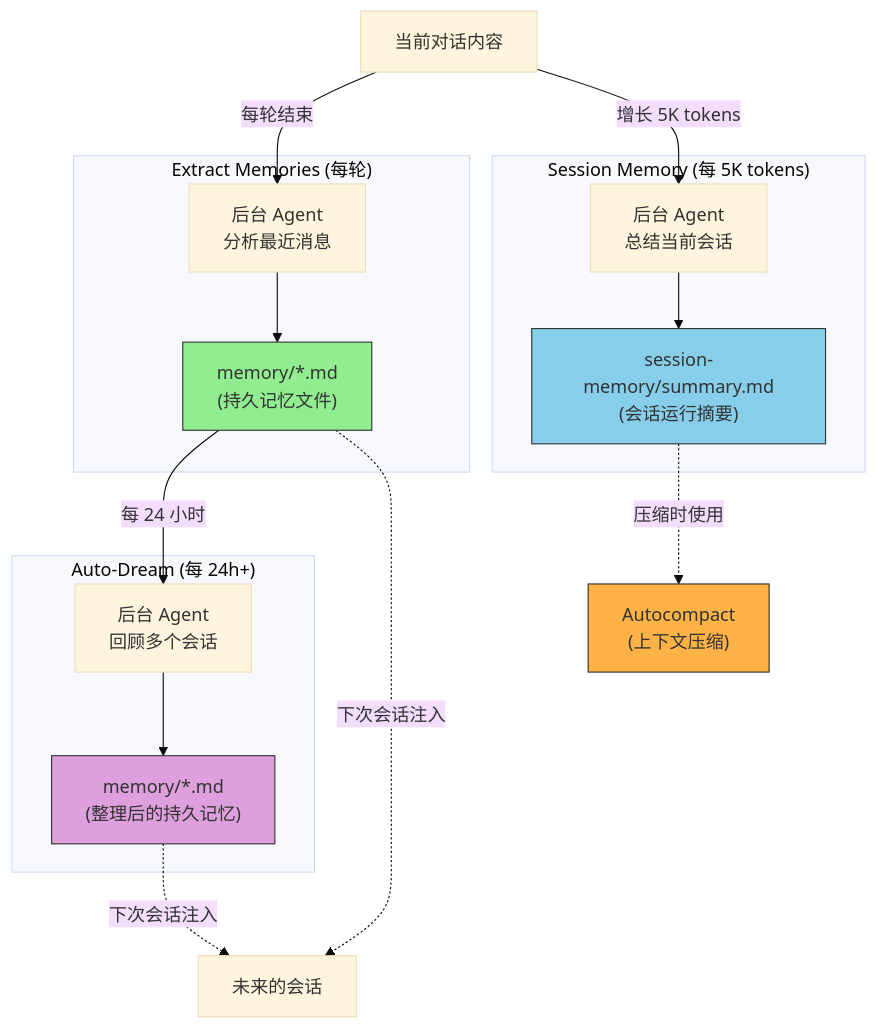
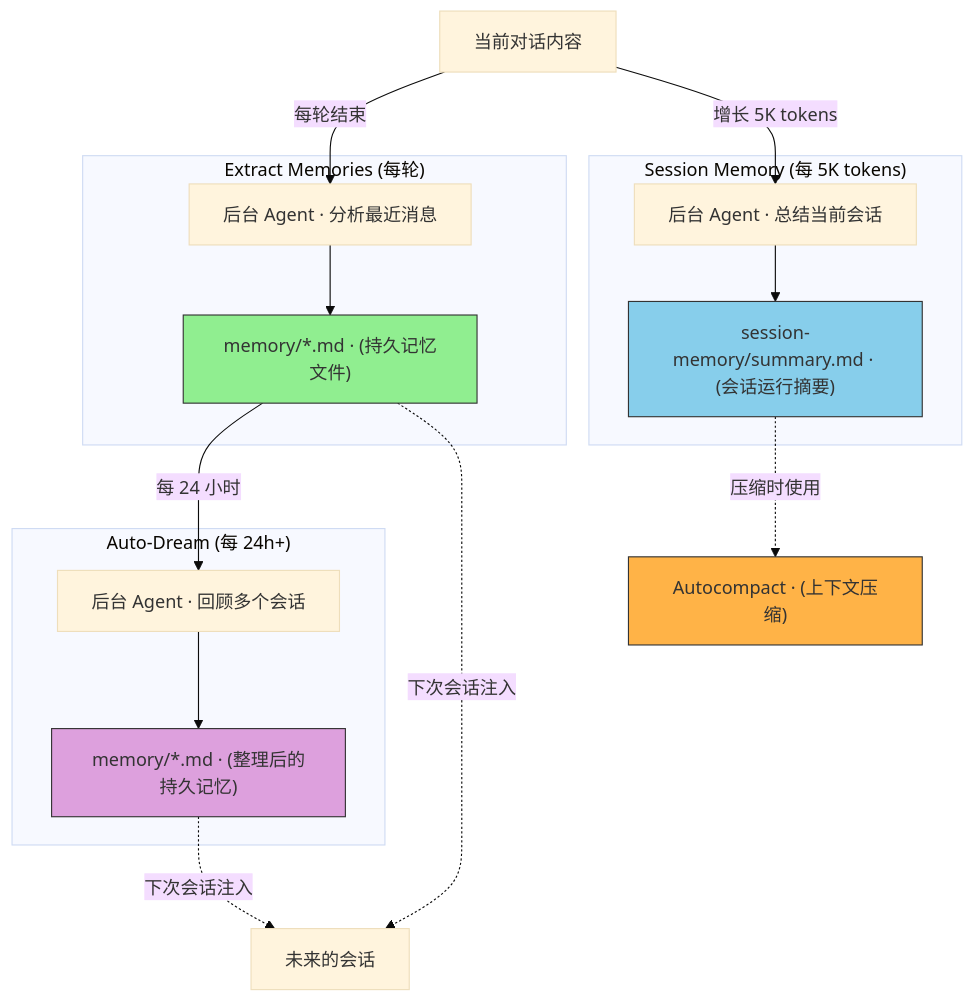
Diagram 22 of 30 in CLAUDE_CODE_BOOK.md (turf0909/sleep-code), drawn with Mermaid (base theme) before and after one commit. The commit also changed other lines of this file, not shown here.

First line of the commit message:
docs: major expansion and fact-check of Claude Code architecture book

````diff
--- a/CLAUDE_CODE_BOOK.md
+++ b/CLAUDE_CODE_BOOK.md
@@ -2439,32 +3584,32 @@
 ```mermaid
 flowchart TD
     CONV["当前对话内容"]
     
     subgraph "Extract Memories (每轮)"
-        EM_AGENT["后台 Agent<br/>分析最近消息"]
-        EM_OUT["memory/*.md<br/>(持久记忆文件)"]
+        EM_AGENT["后台 Agent · 分析最近消息"]
+        EM_OUT["memory/*.md · (持久记忆文件)"]
     end
     
     subgraph "Session Memory (每 5K tokens)"
-        SM_AGENT["后台 Agent<br/>总结当前会话"]
-        SM_OUT["session-memory/summary.md<br/>(会话运行摘要)"]
+        SM_AGENT["后台 Agent · 总结当前会话"]
+        SM_OUT["session-memory/summary.md · (会话运行摘要)"]
     end
     
     subgraph "Auto-Dream (每 24h+)"
-        AD_AGENT["后台 Agent<br/>回顾多个会话"]
-        AD_OUT["memory/*.md<br/>(整理后的持久记忆)"]
+        AD_AGENT["后台 Agent · 回顾多个会话"]
+        AD_OUT["memory/*.md · (整理后的持久记忆)"]
     end
 
     CONV -->|"每轮结束"| EM_AGENT --> EM_OUT
     CONV -->|"增长 5K tokens"| SM_AGENT --> SM_OUT
     EM_OUT -->|"每 24 小时"| AD_AGENT --> AD_OUT
     
-    SM_OUT -.->|"压缩时使用"| COMPACT["Autocompact<br/>(上下文压缩)"]
+    SM_OUT -.->|"压缩时使用"| COMPACT["Autocompact · (上下文压缩)"]
     EM_OUT -.->|"下次会话注入"| FUTURE["未来的会话"]
     AD_OUT -.->|"下次会话注入"| FUTURE
 
     style EM_OUT fill:#90EE90,stroke:#333
     style SM_OUT fill:#87CEEB,stroke:#333
     style AD_OUT fill:#DDA0DD,stroke:#333
     style COMPACT fill:#FFB347,stroke:#333
 ```
````
